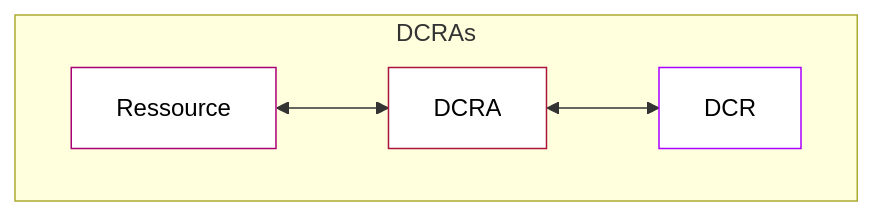
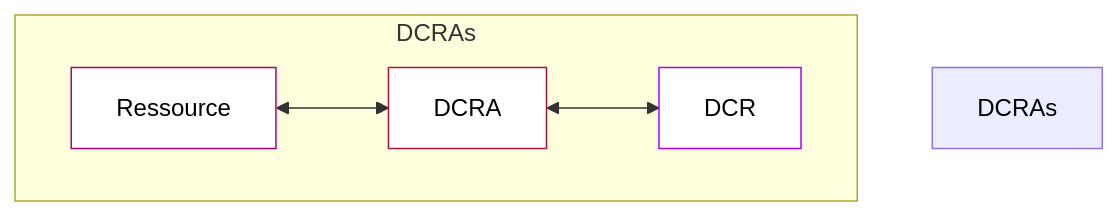
Before and after one commit to elouahidiahmed/soc-doc: the diagram in Sentinel/DCR/01- Règle de collection de données DCR.md, drawn with Mermaid.

Commit message:
subchart color

````diff
--- a/Sentinel/DCR/01- Règle de collection de données DCR.md
+++ b/Sentinel/DCR/01- Règle de collection de données DCR.md
@@ -35,12 +35,13 @@
 ``` mermaid
 
 flowchart TB
     subgraph DCRAs 
         Ressource <--> DCRA <--> DCR
     end
 
 style Ressource color:#000, fill:#fff, stroke:#AA0075
 style DCRA color:#000, fill:#fff, stroke:#AA1539
 style DCR color:#000, fill:#fff, stroke:#AA00FF
+style DCRAs color:#000
 
 ```
````
